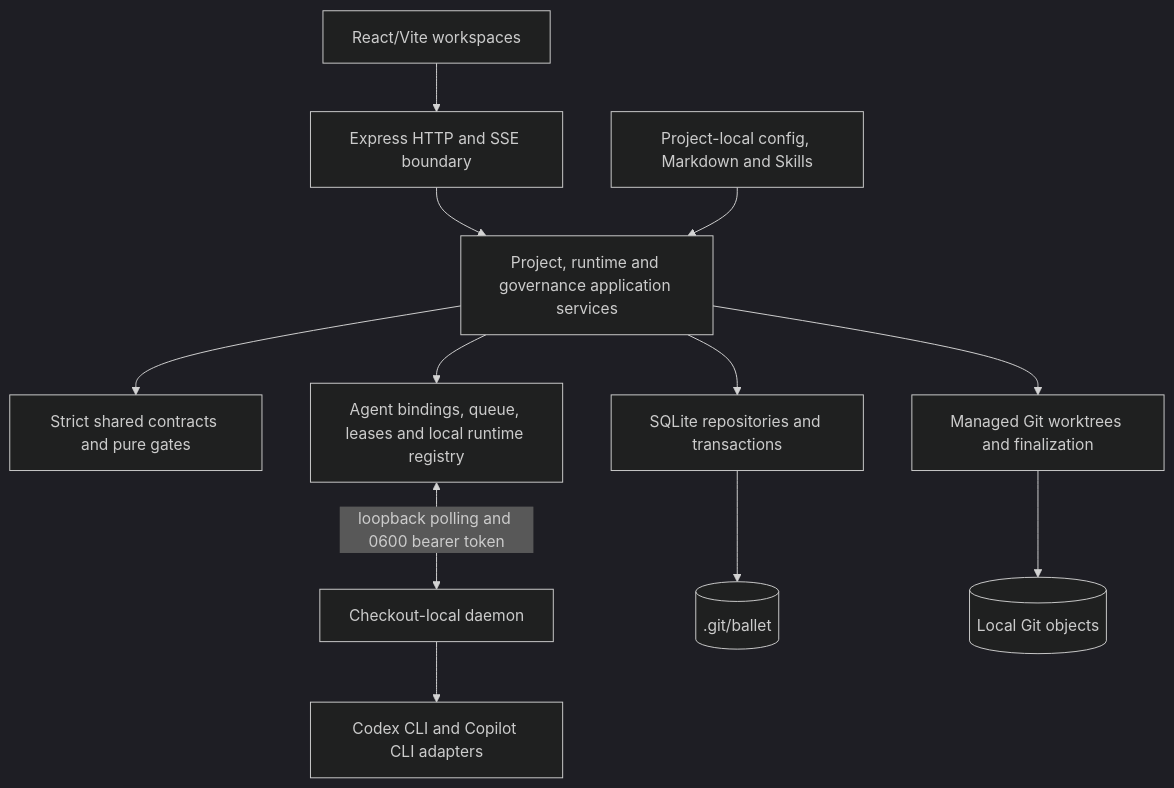
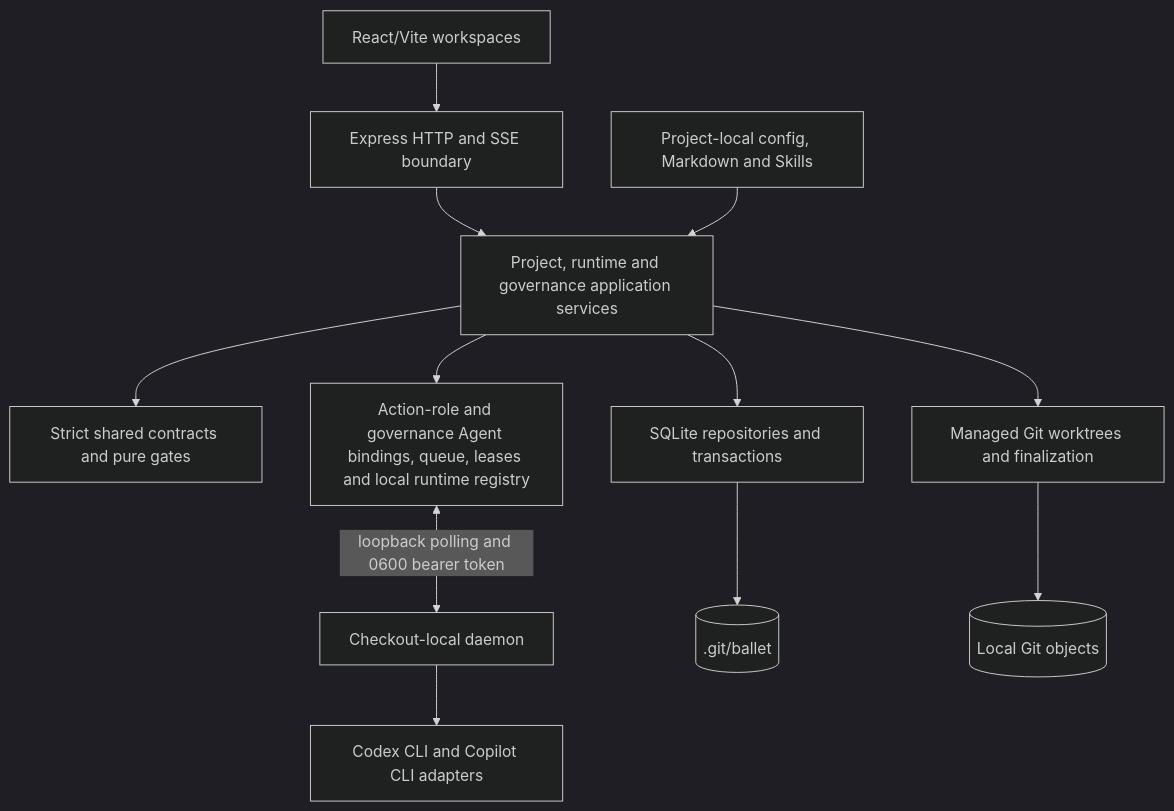
Before and after one commit to isinisalo/ballet: the second of 6 diagrams in ARCHITECTURE.md, drawn with Mermaid (dark theme). The commit also changed other lines of this file and 85 other files, not shown here.

````diff
--- a/ARCHITECTURE.md
+++ b/ARCHITECTURE.md
@@ -48,14 +48,14 @@
 ```mermaid
 flowchart TB
   UI[React/Vite workspaces] --> HTTP[Express HTTP and SSE boundary]
   HTTP --> App[Project, runtime and governance application services]
   App --> Shared[Strict shared contracts and pure gates]
   App --> Persistence[SQLite repositories and transactions]
-  App --> LocalRuntime[Agent bindings, queue, leases and local runtime registry]
+  App --> LocalRuntime[Action-role and governance Agent bindings, queue, leases and local runtime registry]
   LocalRuntime <-->|loopback polling and 0600 bearer token| Daemon[Checkout-local daemon]
   Daemon --> Execution[Codex CLI and Copilot CLI adapters]
   App --> Workspace[Managed Git worktrees and finalization]
   Project[Project-local config, Markdown and Skills] --> App
   Persistence --> Local[(.git/ballet)]
   Workspace --> Git[(Local Git objects)]
 ```
````
